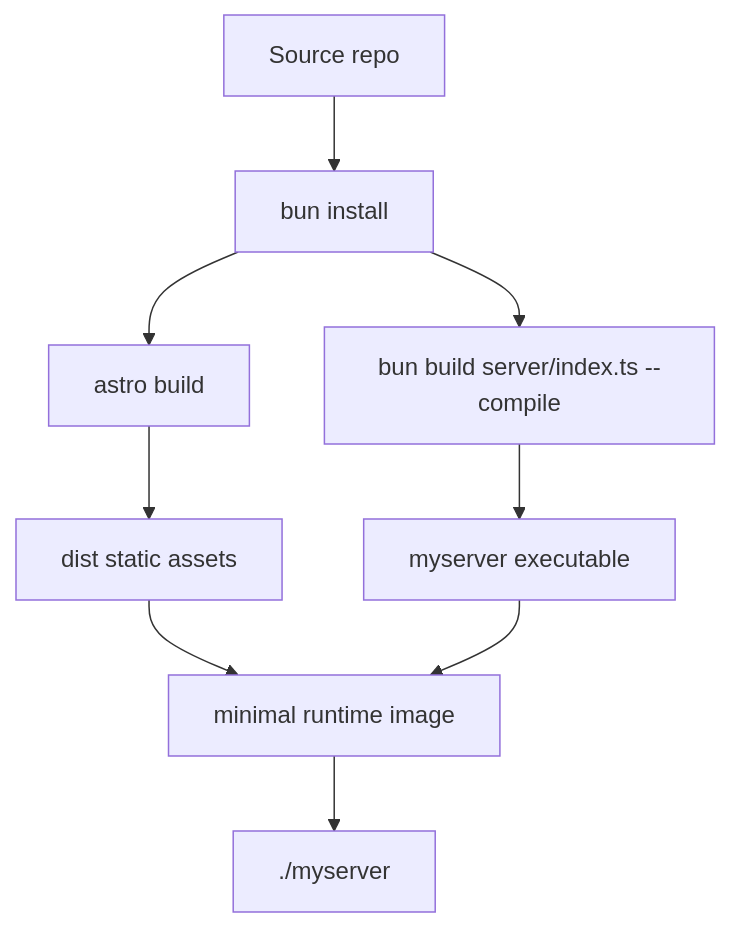
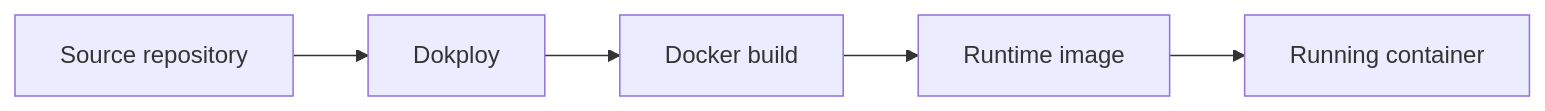
One commit to ErickCReis/ErickCReis changed the second of 2 diagrams in web/content/blog/rewriting-my-portfolio-for-self-hosting.mdx. Above: the diagram before and after it, drawn with Mermaid. The commit also changed other lines of this file and 1 other file, not shown here.

````diff
--- a/web/content/blog/rewriting-my-portfolio-for-self-hosting.mdx
+++ b/web/content/blog/rewriting-my-portfolio-for-self-hosting.mdx
@@ -54,11 +46,7 @@
 ```mermaid center
-flowchart TB
-  Source["Source repo"] --> Install["bun install"]
-  Install --> Astro["astro build"]
-  Install --> Compile["bun build server/index.ts --compile"]
-  Astro --> Dist["dist static assets"]
-  Compile --> Binary["myserver executable"]
-  Dist --> Image["minimal runtime image"]
-  Binary --> Image
-  Image --> Run["./myserver"]
+flowchart LR
+  Source["Source repository"] --> Dokploy["Dokploy"]
+  Dokploy --> Build["Docker build"]
+  Build --> Image["Runtime image"]
+  Image --> Container["Running container"]
 ```
````
